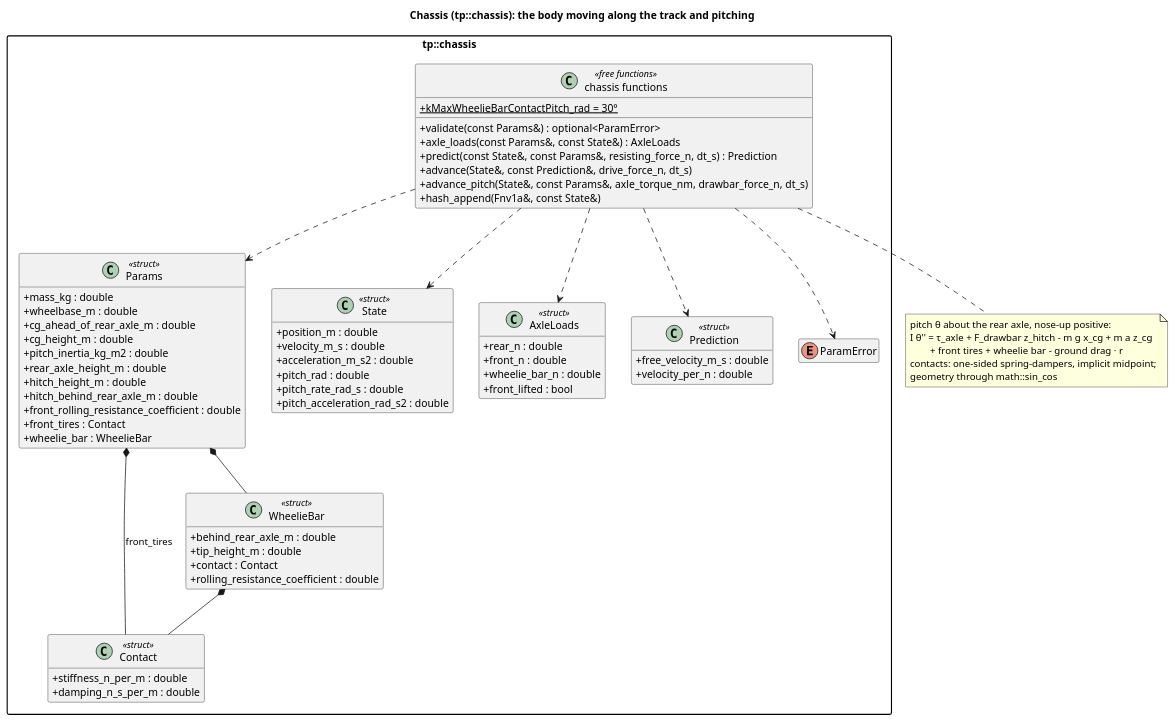
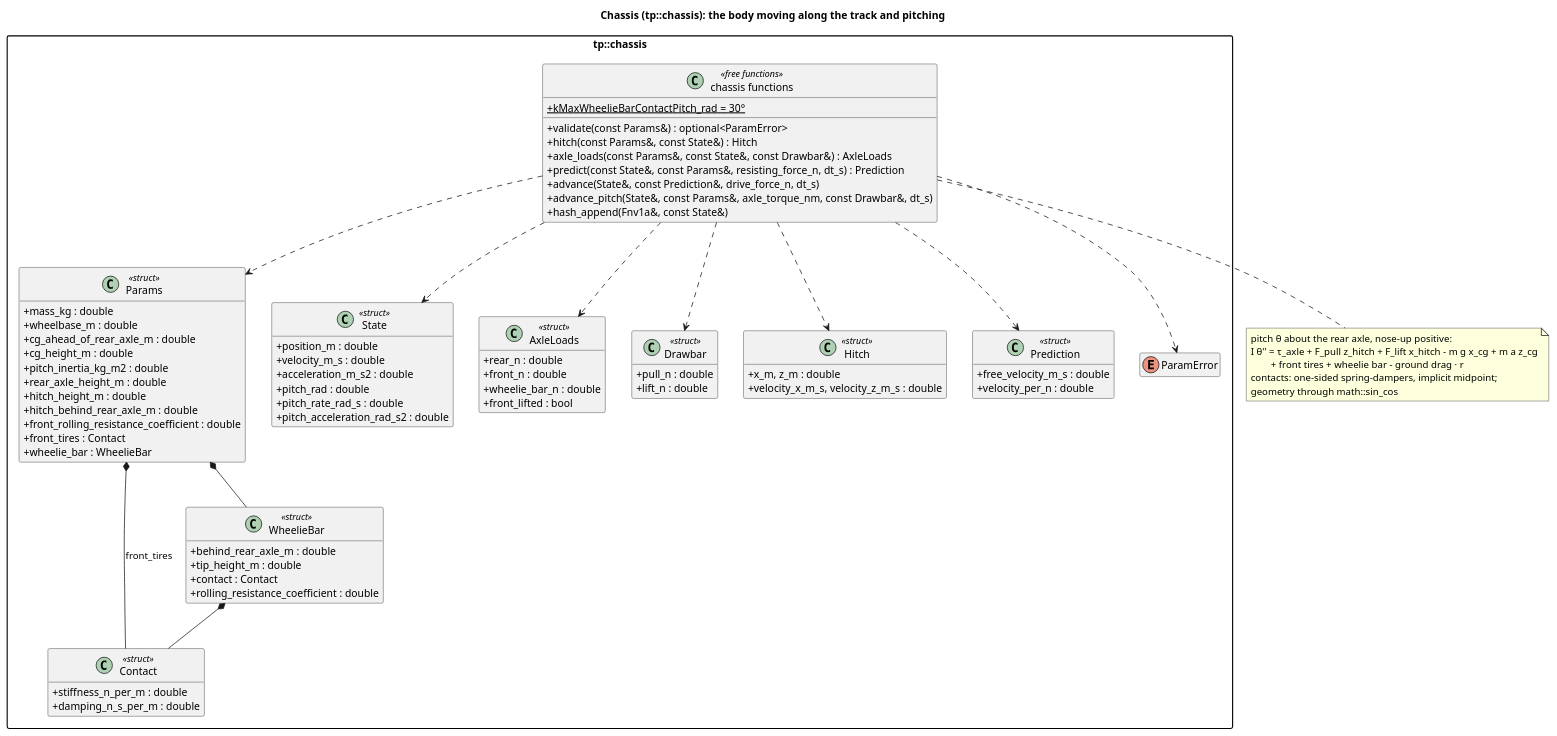
One commit to wversteeg/TractorPulling changed the diagram in docs/diagrams/chassis_classes.puml. Above: the diagram before and after it, drawn with PlantUML. The commit also changed 15 other files, not shown here.

First line of the commit message:
Document the sled and the pull: diagrams and architecture

```diff
--- a/docs/diagrams/chassis_classes.puml
+++ b/docs/diagrams/chassis_classes.puml
@@ -1,75 +1,86 @@
 @startuml chassis_classes
 title Chassis (tp::chassis): the body moving along the track and pitching
 hide empty members
 skinparam packageStyle rectangle
 skinparam classAttributeIconSize 0
 
 package "tp::chassis" {
   class Params <<struct>> {
     +mass_kg : double
     +wheelbase_m : double
     +cg_ahead_of_rear_axle_m : double
     +cg_height_m : double
     +pitch_inertia_kg_m2 : double
     +rear_axle_height_m : double
     +hitch_height_m : double
     +hitch_behind_rear_axle_m : double
     +front_rolling_resistance_coefficient : double
     +front_tires : Contact
     +wheelie_bar : WheelieBar
   }
   class Contact <<struct>> {
     +stiffness_n_per_m : double
     +damping_n_s_per_m : double
   }
   class WheelieBar <<struct>> {
     +behind_rear_axle_m : double
     +tip_height_m : double
     +contact : Contact
     +rolling_resistance_coefficient : double
   }
   class State <<struct>> {
     +position_m : double
     +velocity_m_s : double
     +acceleration_m_s2 : double
     +pitch_rad : double
     +pitch_rate_rad_s : double
     +pitch_acceleration_rad_s2 : double
   }
   class AxleLoads <<struct>> {
     +rear_n : double
     +front_n : double
     +wheelie_bar_n : double
     +front_lifted : bool
   }
+  class Drawbar <<struct>> {
+    +pull_n : double
+    +lift_n : double
+  }
+  class Hitch <<struct>> {
+    +x_m, z_m : double
+    +velocity_x_m_s, velocity_z_m_s : double
+  }
   class Prediction <<struct>> {
     +free_velocity_m_s : double
     +velocity_per_n : double
   }
   enum ParamError
   class "chassis functions" as ChassisFns <<free functions>> {
     +{static} kMaxWheelieBarContactPitch_rad = 30°
     +validate(const Params&) : optional<ParamError>
-    +axle_loads(const Params&, const State&) : AxleLoads
+    +hitch(const Params&, const State&) : Hitch
+    +axle_loads(const Params&, const State&, const Drawbar&) : AxleLoads
     +predict(const State&, const Params&, resisting_force_n, dt_s) : Prediction
     +advance(State&, const Prediction&, drive_force_n, dt_s)
-    +advance_pitch(State&, const Params&, axle_torque_nm, drawbar_force_n, dt_s)
+    +advance_pitch(State&, const Params&, axle_torque_nm, const Drawbar&, dt_s)
     +hash_append(Fnv1a&, const State&)
   }
   Params *-- Contact : front_tires
   Params *-- WheelieBar
   WheelieBar *-- Contact
   ChassisFns ..> Params
   ChassisFns ..> State
   ChassisFns ..> AxleLoads
   ChassisFns ..> Prediction
+  ChassisFns ..> Drawbar
+  ChassisFns ..> Hitch
   ChassisFns ..> ParamError
 }
 note bottom of ChassisFns
   pitch θ about the rear axle, nose-up positive:
-  I θ'' = τ_axle + F_drawbar z_hitch - m g x_cg + m a z_cg
+  I θ'' = τ_axle + F_pull z_hitch + F_lift x_hitch - m g x_cg + m a z_cg
           + front tires + wheelie bar - ground drag · r
   contacts: one-sided spring-dampers, implicit midpoint;
   geometry through math::sin_cos
 end note
 @enduml
```
